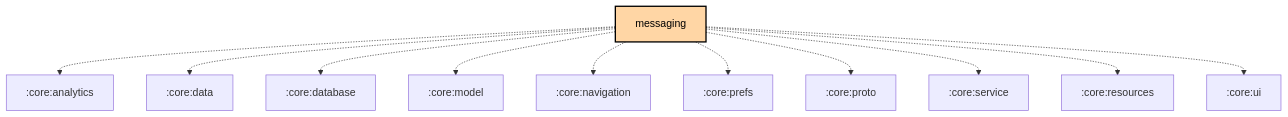
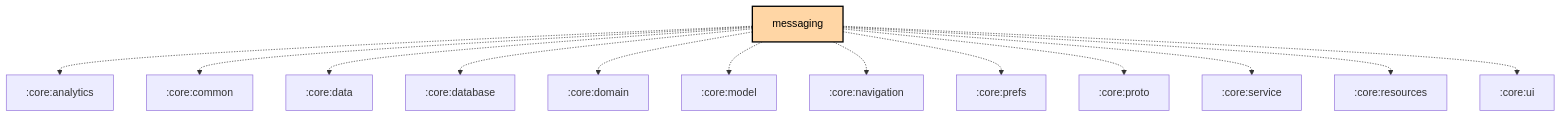
One commit to meshtastic/Meshtastic-Android changed the diagram in feature/messaging/README.md. Above: the diagram before and after it, drawn with Mermaid. The commit also changed 3 other files, not shown here.

Commit message:
chore: Scheduled updates (Firmware, Hardware, Translations, Graphs) (#4683)

````diff
--- a/feature/messaging/README.md
+++ b/feature/messaging/README.md
@@ -26,25 +26,27 @@
 ```mermaid
 graph TB
   :feature:messaging[messaging]:::android-feature
   :feature:messaging -.-> :core:analytics
+  :feature:messaging -.-> :core:common
   :feature:messaging -.-> :core:data
   :feature:messaging -.-> :core:database
+  :feature:messaging -.-> :core:domain
   :feature:messaging -.-> :core:model
   :feature:messaging -.-> :core:navigation
   :feature:messaging -.-> :core:prefs
   :feature:messaging -.-> :core:proto
   :feature:messaging -.-> :core:service
   :feature:messaging -.-> :core:resources
   :feature:messaging -.-> :core:ui
 
 classDef android-application fill:#CAFFBF,stroke:#000,stroke-width:2px,color:#000;
 classDef android-application-compose fill:#CAFFBF,stroke:#000,stroke-width:2px,color:#000;
 classDef android-feature fill:#FFD6A5,stroke:#000,stroke-width:2px,color:#000;
 classDef android-library fill:#9BF6FF,stroke:#000,stroke-width:2px,color:#000;
 classDef android-library-compose fill:#9BF6FF,stroke:#000,stroke-width:2px,color:#000;
 classDef android-test fill:#A0C4FF,stroke:#000,stroke-width:2px,color:#000;
 classDef jvm-library fill:#BDB2FF,stroke:#000,stroke-width:2px,color:#000;
 classDef kmp-library fill:#FFC1CC,stroke:#000,stroke-width:2px,color:#000;
 classDef unknown fill:#FFADAD,stroke:#000,stroke-width:2px,color:#000;
 
 ```
````
